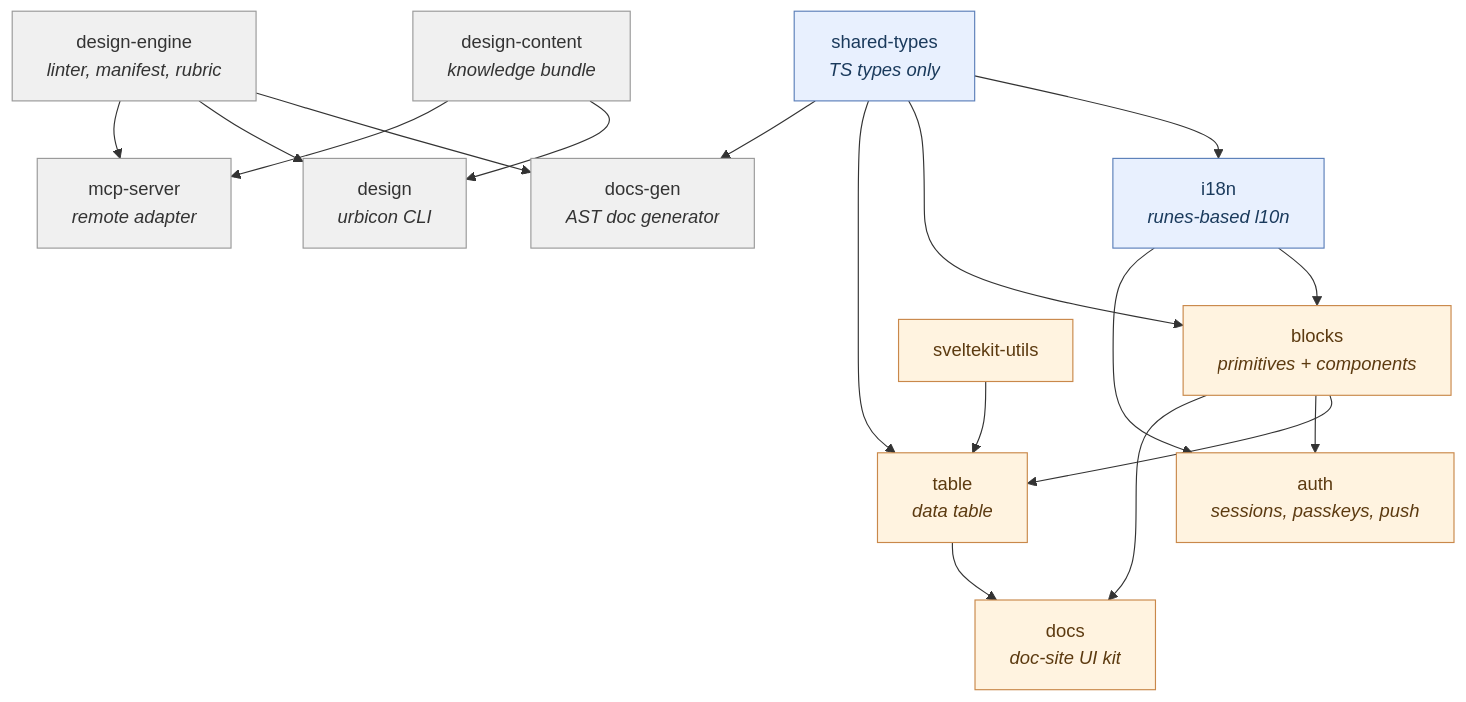
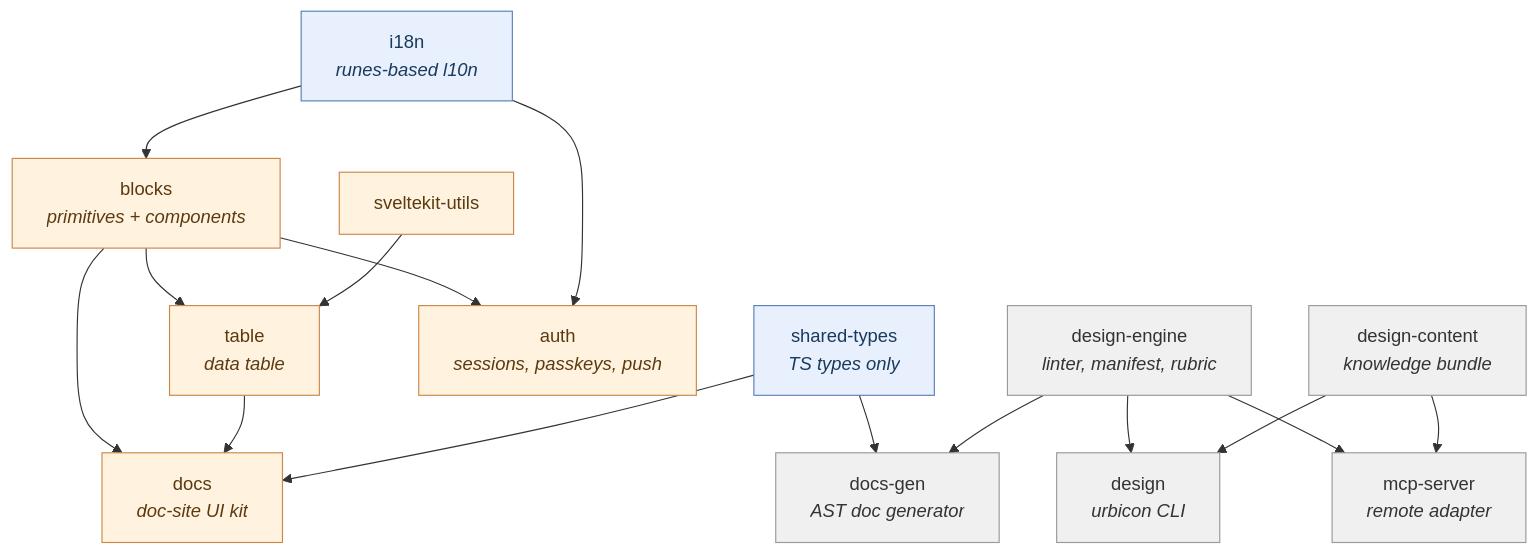
The first of 5 diagrams in docs/ARCHITECTURE.md (urbicon/ui), drawn with Mermaid before and after one commit. The commit also changed other lines of this file and 15 other files, not shown here.

````diff
--- a/docs/ARCHITECTURE.md
+++ b/docs/ARCHITECTURE.md
@@ -29,39 +29,37 @@
 ```mermaid
 graph TD
     ST[shared-types<br/><i>TS types only</i>]
     I18N[i18n<br/><i>runes-based l10n</i>]
     BL[blocks<br/><i>primitives + components</i>]
     TB[table<br/><i>data table</i>]
     AU[auth<br/><i>sessions, passkeys, push</i>]
     SKU[sveltekit-utils]
     DOCS[docs<br/><i>doc-site UI kit</i>]
     DG[docs-gen<br/><i>AST doc generator</i>]
     DE[design-engine<br/><i>linter, manifest, rubric</i>]
     DC[design-content<br/><i>knowledge bundle</i>]
     DES[design<br/><i>urbicon CLI</i>]
     MCP[mcp-server<br/><i>remote adapter</i>]
 
-    ST --> I18N
-    ST --> BL
     I18N --> BL
     BL --> TB
-    ST --> TB
     SKU --> TB
     BL --> AU
     I18N --> AU
     BL --> DOCS
     TB --> DOCS
+    ST --> DOCS
     ST --> DG
     DE --> DG
     DE --> DES
     DC --> DES
     DE --> MCP
     DC --> MCP
 
     classDef found fill:#e8f0fe,stroke:#5b7fb9,color:#1a3a5c
     classDef lib fill:#fff3e0,stroke:#c9884a,color:#5c3a10
     classDef tool fill:#f0f0f0,stroke:#999,color:#333
     class ST,I18N found
     class BL,TB,AU,SKU,DOCS lib
     class DG,DE,DC,DES,MCP tool
 ```
````
